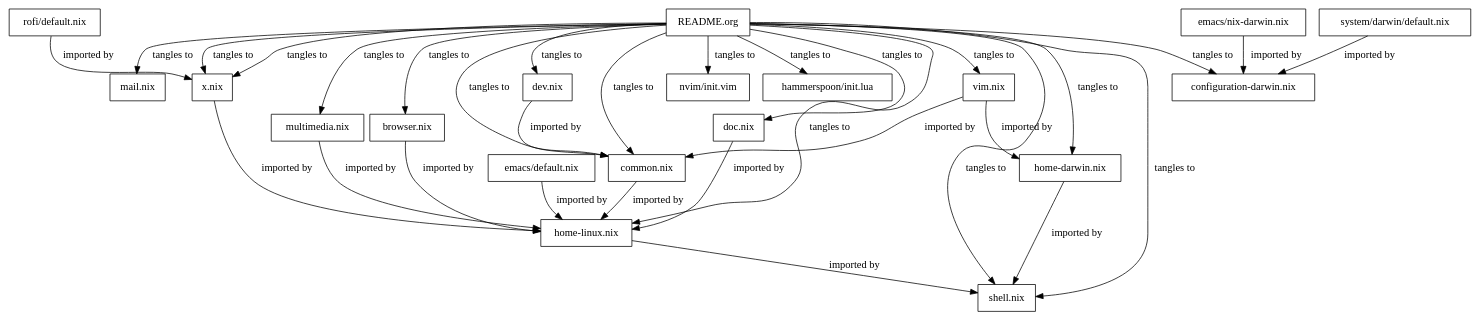
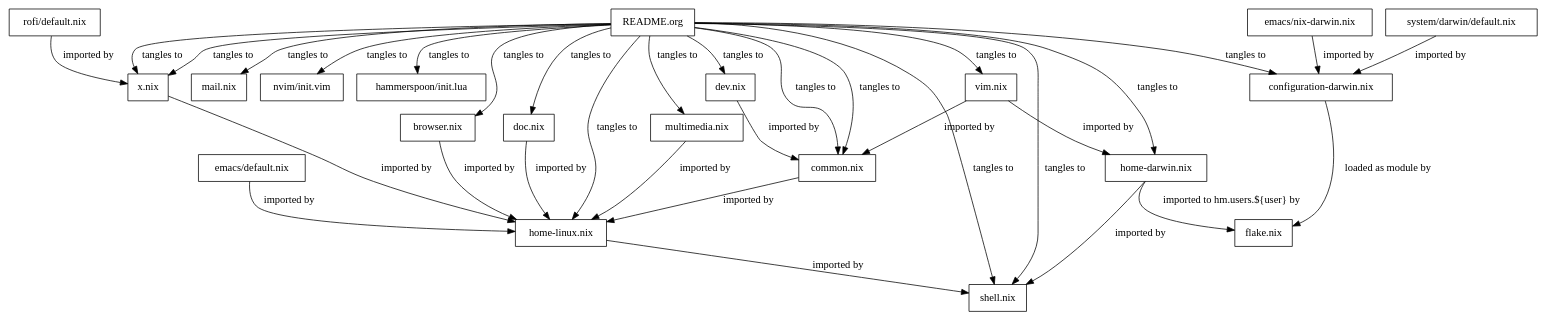
One commit to vidbina/dotfiles changed the diagram in README.org. Above: the diagram before and after it, drawn with Graphviz. The commit also changed 1 other file, not shown here.

Commit message:
doc: update diagram to describe flake.nix imports

```diff
--- a/README.org
+++ b/README.org
@@ -22,71 +22,74 @@
 #+begin_src dot :file doc/sys-conf-setup.png :exports results
 digraph G {
   node_this [shape=box, label="README.org"]
 
   // not defined in this file but referenced here
   node_emacs_nix_darwin_nix [shape=box, label="emacs/nix-darwin.nix"]
   node_emacs_default_nix [shape=box, label="emacs/default.nix"]
   node_rofi_default_nix [shape=box, label="rofi/default.nix"]
   node_system_darwin_default_nix [shape=box, label="system/darwin/default.nix"]
+  node_flake_nix [shape=box, label="flake.nix"]
 
   // defined in this file
   node_common_nix [shape=box, label="common.nix"]
   node_shell_nix [shape=box, label="shell.nix"]
   node_x_nix [shape=box, label="x.nix"]
   node_dev_nix [shape=box, label="dev.nix"]
   node_mail_nix [shape=box, label="mail.nix"]
   node_vim_nix [shape=box, label="vim.nix"]
   node_multimedia_nix [shape=box, label="multimedia.nix"]
   node_browser_nix [shape=box, label="browser.nix"]
   node_doc_nix [shape=box, label="doc.nix"]
 
   node_home_darwin_nix [shape=box, label="home-darwin.nix"]
   node_home_linux_nix [shape=box, label="home-linux.nix"]
   node_configuration_darwin_nix [shape=box, label="configuration-darwin.nix"]
 
   node_nvim_init_vim [shape=box, label="nvim/init.vim"]
   node_hammerspoon_init_lua [shape=box, label="hammerspoon/init.lua"]
 
   node_this -> node_common_nix [label="tangles to"]
   node_this -> node_shell_nix [label="tangles to"]
   node_this -> node_x_nix [label="tangles to"]
   node_this -> node_common_nix [label="tangles to"]
   node_this -> node_shell_nix [label="tangles to"]
   node_this -> node_x_nix [label="tangles to"]
   node_this -> node_dev_nix [label="tangles to"]
   node_this -> node_mail_nix [label="tangles to"]
   node_this -> node_vim_nix [label="tangles to"]
   node_this -> node_multimedia_nix [label="tangles to"]
   node_this -> node_browser_nix [label="tangles to"]
   node_this -> node_doc_nix [label="tangles to"]
   node_this -> node_home_darwin_nix [label="tangles to"]
   node_this -> node_home_linux_nix [label="tangles to"]
   node_this -> node_nvim_init_vim [label="tangles to"]
   node_this -> node_hammerspoon_init_lua [label="tangles to"]
   node_this -> node_configuration_darwin_nix [label="tangles to"]
 
   node_dev_nix -> node_common_nix [label="imported by"]
   node_vim_nix -> node_common_nix [label="imported by"]
 
   node_vim_nix -> node_home_darwin_nix [label="imported by"]
 
   node_common_nix -> node_home_linux_nix [label="imported by"]
   node_doc_nix -> node_home_linux_nix [label="imported by"]
   node_browser_nix -> node_home_linux_nix [label="imported by"]
   node_x_nix -> node_home_linux_nix [label="imported by"]
   node_multimedia_nix -> node_home_linux_nix [label="imported by"]
   node_emacs_default_nix -> node_home_linux_nix [label="imported by"]
 
   node_rofi_default_nix -> node_x_nix [label="imported by"]
 
   node_emacs_nix_darwin_nix -> node_configuration_darwin_nix [label="imported by"]
   node_system_darwin_default_nix -> node_configuration_darwin_nix [label="imported by"]
 
   node_home_linux_nix -> node_shell_nix [label="imported by"]
   node_home_darwin_nix -> node_shell_nix [label="imported by"]
 
+  node_configuration_darwin_nix -> node_flake_nix [label="loaded as module by"]
+  node_home_darwin_nix -> node_flake_nix [label="imported to hm.users.${user} by"]
   // node_this -> node_default_nix [label="tangles to", style=dotted]
   // node_this -> node_default_darwin_nix [label="tangles to", style=dotted]
   // node_personal_example -> node_personal [style=dotted]
 }
 #+end_src
```
